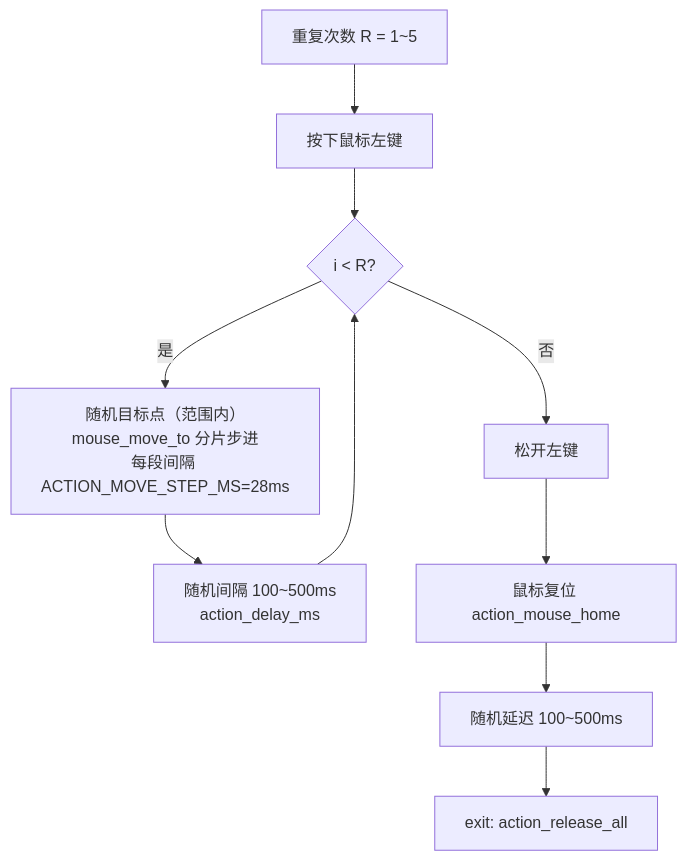
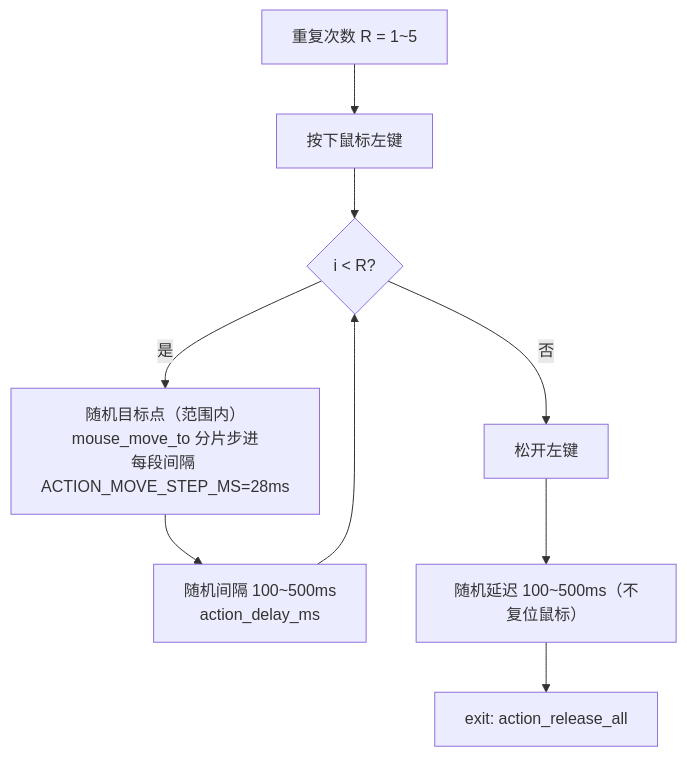
The second of 6 diagrams in 程序逻辑说明.md (cr3hf/ESP32_WEB_BLE_Keyboard-mouse), drawn with Mermaid before and after one commit. The commit also changed other lines of this file and 12 other files, not shown here.

````diff
--- a/程序逻辑说明.md
+++ b/程序逻辑说明.md
@@ -176,12 +177,11 @@
 ```mermaid
 flowchart TD
     A[重复次数 R = 1~5] --> B[按下鼠标左键]
     B --> C{i < R?}
     C -- 是 --> D[随机目标点（范围内）<br/>mouse_move_to 分片步进<br/>每段间隔 ACTION_MOVE_STEP_MS=28ms]
     D --> E[随机间隔 100~500ms<br/>action_delay_ms]
     E --> C
     C -- 否 --> F[松开左键]
-    F --> G[鼠标复位 action_mouse_home]
-    G --> H[随机延迟 100~500ms]
+    F --> H[随机延迟 100~500ms（不复位鼠标）]
     H --> I[exit: action_release_all]
 ```
````
